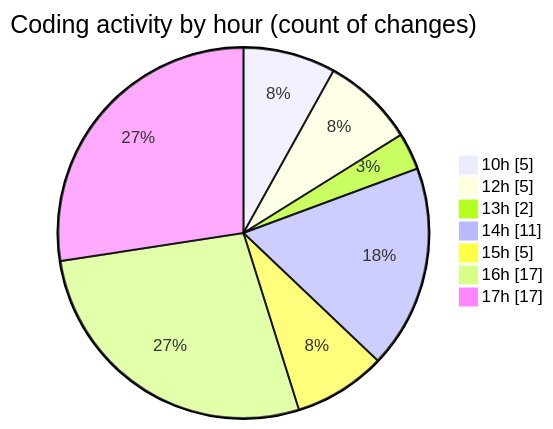
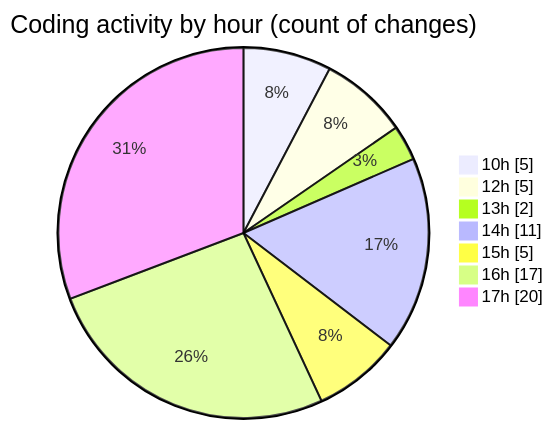
The second of 2 diagrams in 2025-07-07/urlwebwala_intership_work/README.md (Ritupan-Deka/code-tracking), drawn with Mermaid before and after one commit. The commit also changed other lines of this file and 1 other file, not shown here.

````diff
--- a/2025-07-07/urlwebwala_intership_work/README.md
+++ b/2025-07-07/urlwebwala_intership_work/README.md
@@ -30,11 +30,11 @@
 ```mermaid
 pie showData
 title Coding activity by hour (count of changes)
 "10h" : 5
 "12h" : 5
 "13h" : 2
 "14h" : 11
 "15h" : 5
 "16h" : 17
-"17h" : 17
+"17h" : 20
 ```
````
